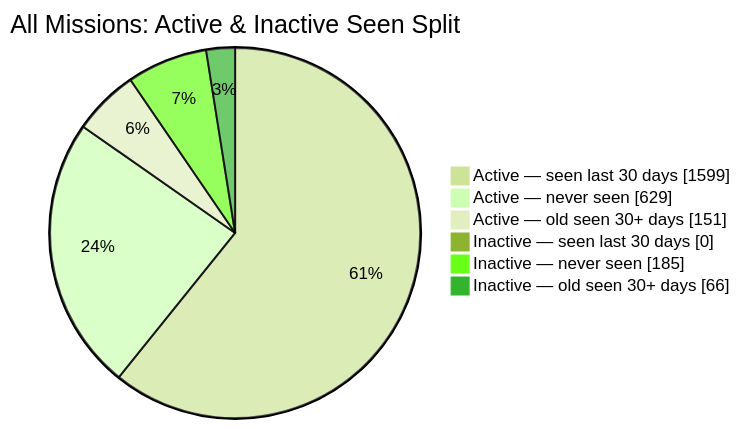
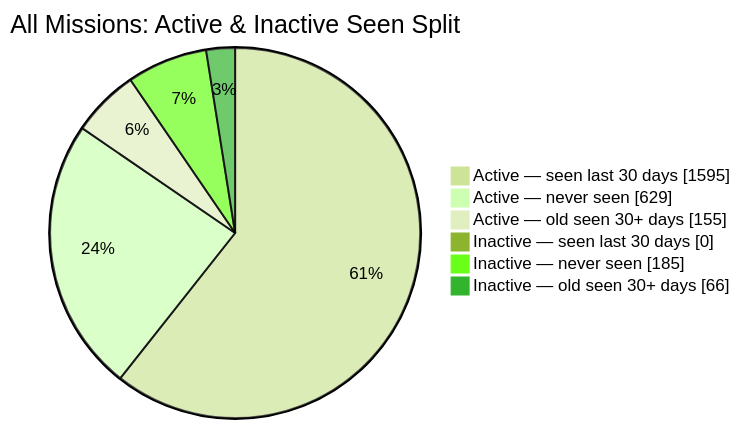
One commit to MeldkamerspelGameTeam/active-missions changed the second of 2 diagrams in README.md. Above: the diagram before and after it, drawn with Mermaid (forest theme). The commit also changed other lines of this file and 3 other files, not shown here.

````diff
--- a/README.md
+++ b/README.md
@@ -44,10 +44,10 @@
 ```mermaid
 pie showData
     title All Missions: Active & Inactive Seen Split
-    "Active — seen last 30 days" : 1599
+    "Active — seen last 30 days" : 1595
     "Active — never seen" : 629
-    "Active — old seen 30+ days" : 151
+    "Active — old seen 30+ days" : 155
     "Inactive — seen last 30 days" : 0
     "Inactive — never seen" : 185
     "Inactive — old seen 30+ days" : 66
 ```
````
